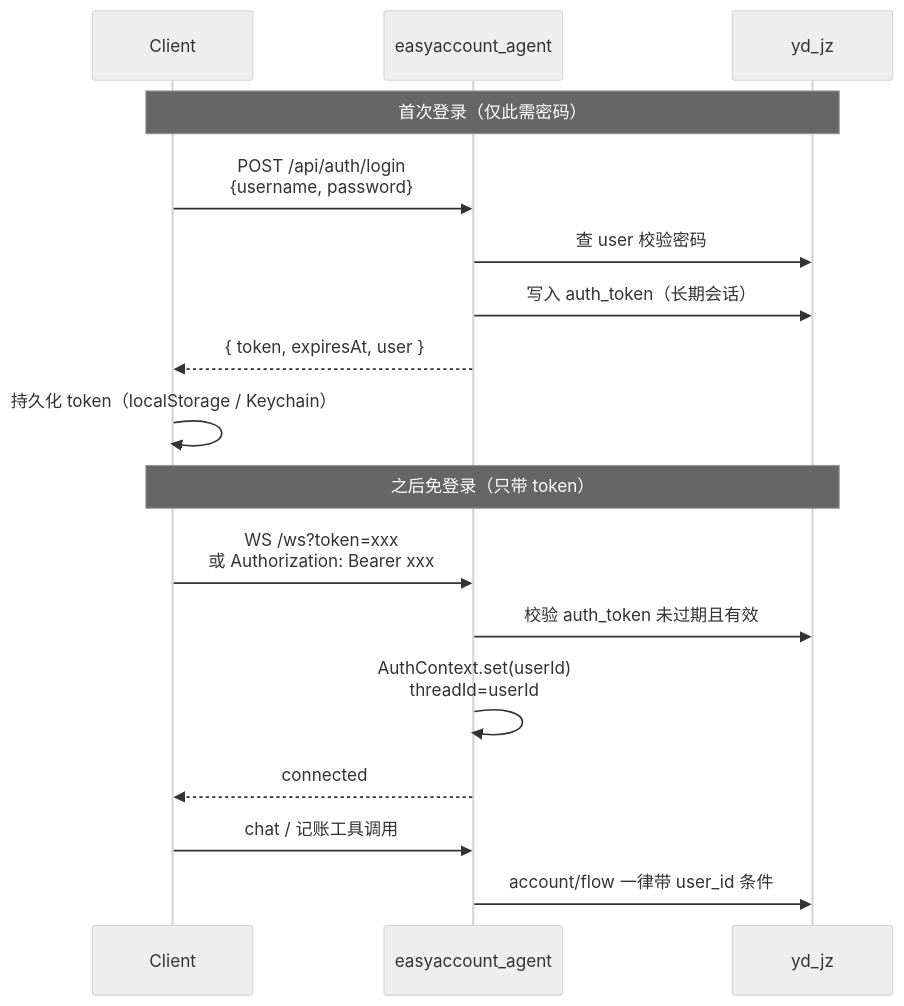
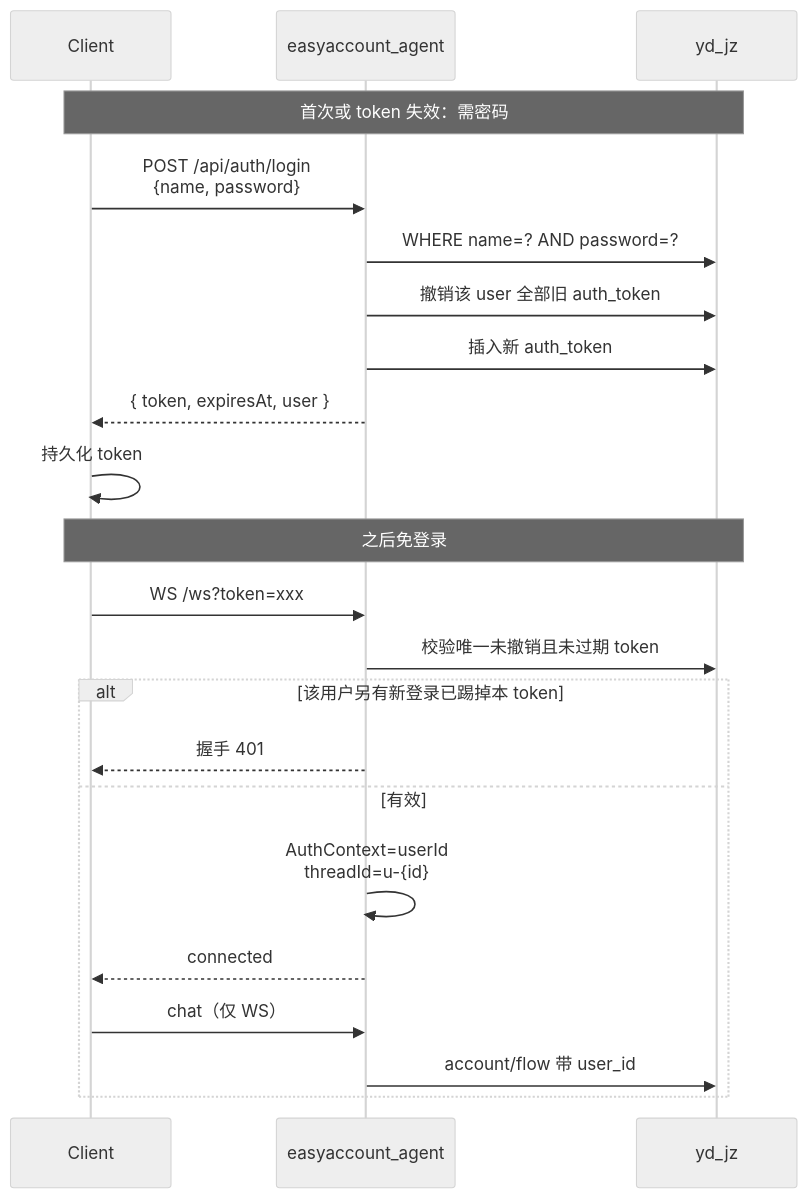
One commit to rockyshen/easyaccount-agent changed the diagram in .cursor/plans/本地user表登录与多用户隔离.plan.md. Above: the diagram before and after it, drawn with Mermaid (neutral theme). The commit also changed other lines of this file, not shown here.

````diff
--- a/.cursor/plans/本地user表登录与多用户隔离.plan.md
+++ b/.cursor/plans/本地user表登录与多用户隔离.plan.md
@@ -61,22 +72,26 @@
 ```mermaid
 sequenceDiagram
     participant Client
     participant Agent as easyaccount_agent
     participant DB as yd_jz
 
-    Note over Client,DB: 首次登录（仅此需密码）
-    Client->>Agent: POST /api/auth/login<br/>{username, password}
-    Agent->>DB: 查 user 校验密码
-    Agent->>DB: 写入 auth_token（长期会话）
+    Note over Client,DB: 首次或 token 失效：需密码
+    Client->>Agent: POST /api/auth/login<br/>{name, password}
+    Agent->>DB: WHERE name=? AND password=?
+    Agent->>DB: 撤销该 user 全部旧 auth_token
+    Agent->>DB: 插入新 auth_token
     Agent-->>Client: { token, expiresAt, user }
-    Client->>Client: 持久化 token（localStorage / Keychain）
+    Client->>Client: 持久化 token
 
-    Note over Client,DB: 之后免登录（只带 token）
-    Client->>Agent: WS /ws?token=xxx<br/>或 Authorization: Bearer xxx
-    Agent->>DB: 校验 auth_token 未过期且有效
-    Agent->>Agent: AuthContext.set(userId)<br/>threadId=userId
-    Agent-->>Client: connected
-
-    Client->>Agent: chat / 记账工具调用
-    Agent->>DB: account/flow 一律带 user_id 条件
+    Note over Client,DB: 之后免登录
+    Client->>Agent: WS /ws?token=xxx
+    Agent->>DB: 校验唯一未撤销且未过期 token
+    alt 该用户另有新登录已踢掉本 token
+        Agent-->>Client: 握手 401
+    else 有效
+        Agent->>Agent: AuthContext=userId<br/>threadId=u-{id}
+        Agent-->>Client: connected
+        Client->>Agent: chat（仅 WS）
+        Agent->>DB: account/flow 带 user_id
+    end
 ```
````
